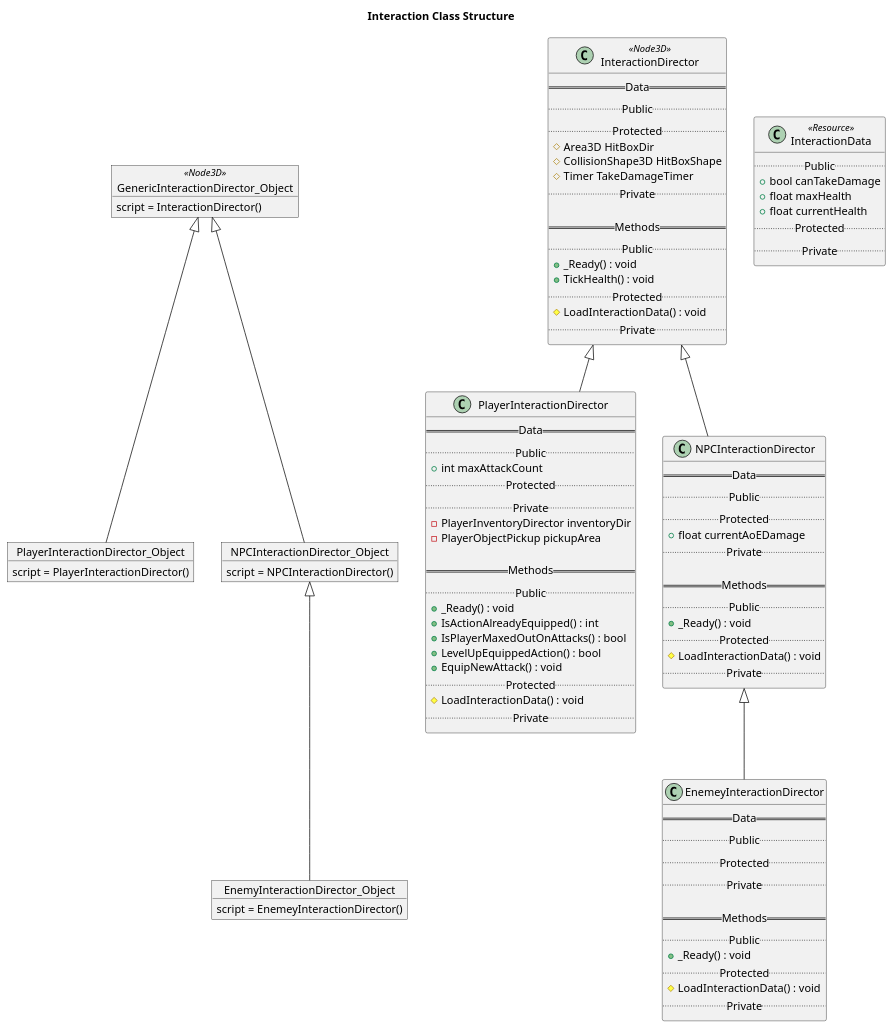
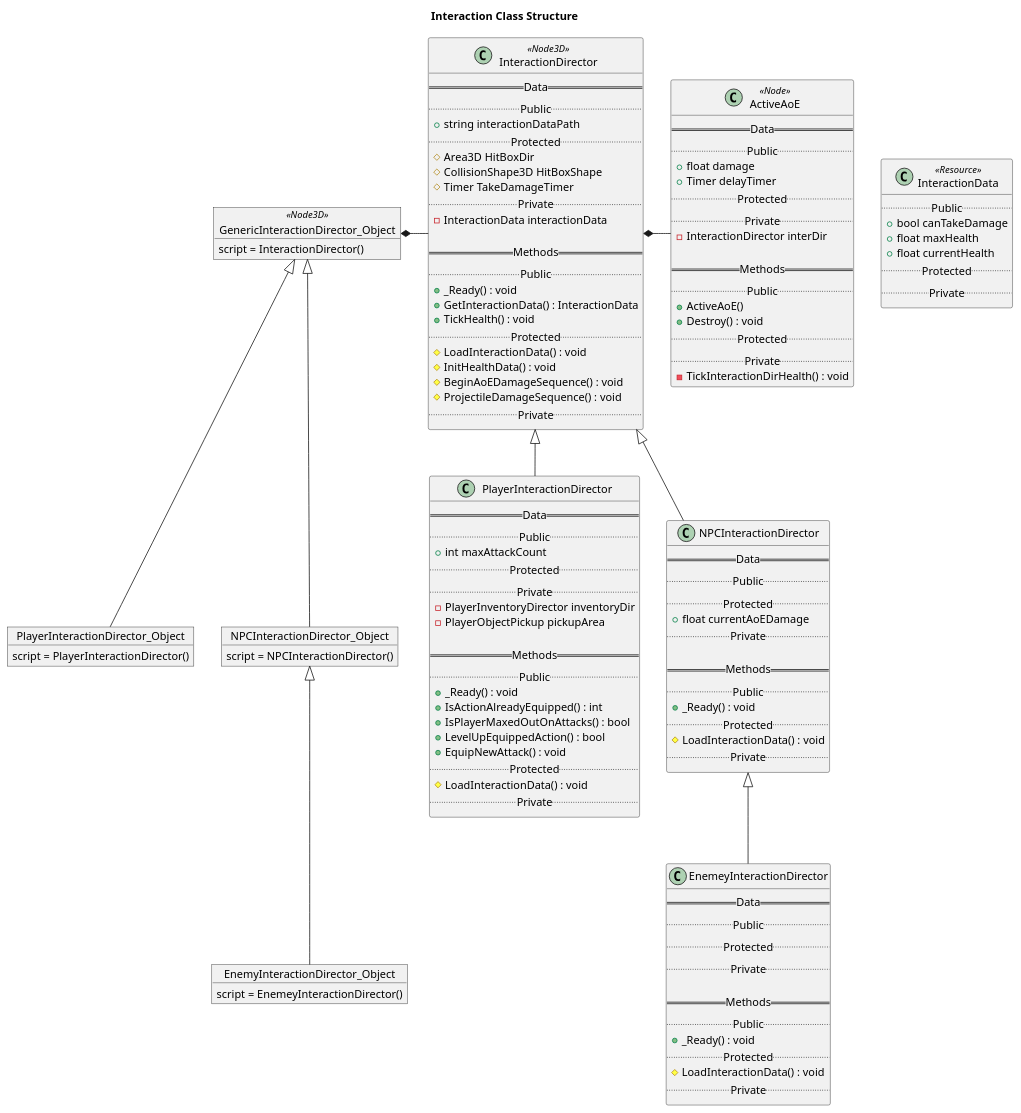
One commit to kjtkanaly/Roguelike-Shoot-Em-Up changed the diagram in UML-Diagrams/src/Interaction_Class_Struct.puml. Above: the diagram before and after it, drawn with PlantUML. The commit also changed 3 other files, not shown here.

```diff
--- a/UML-Diagrams/src/Interaction_Class_Struct.puml
+++ b/UML-Diagrams/src/Interaction_Class_Struct.puml
@@ -1,109 +1,135 @@
 @startuml Interaction Class Structure
 
 title Interaction Class Structure
 
 ' Interaction Objects
 object GenericInteractionDirector_Object <<Node3D>> {
     script = InteractionDirector()
 }
 
 object PlayerInteractionDirector_Object {
     script = PlayerInteractionDirector()
 }
 
 object NPCInteractionDirector_Object {
     script = NPCInteractionDirector()
 }
 
 object EnemyInteractionDirector_Object {
     script = EnemeyInteractionDirector()
 }
 
 GenericInteractionDirector_Object <|-- PlayerInteractionDirector_Object
 GenericInteractionDirector_Object <|-- NPCInteractionDirector_Object
 NPCInteractionDirector_Object <|-- EnemyInteractionDirector_Object
 
 ' Method Classes
 class InteractionDirector <<Node3D>>{
     == Data ==
     .. Public ..
+    + string interactionDataPath
     .. Protected ..
     # Area3D HitBoxDir
     # CollisionShape3D HitBoxShape
     # Timer TakeDamageTimer
     .. Private ..
+    - InteractionData interactionData
 
     == Methods ==
     .. Public ..
     + _Ready() : void
+    + GetInteractionData() : InteractionData
     + TickHealth() : void
     .. Protected ..
     # LoadInteractionData() : void
+    # InitHealthData() : void
+    # BeginAoEDamageSequence() : void
+    # ProjectileDamageSequence() : void
     .. Private ..
+}
+
+class ActiveAoE <<Node>>{
+     == Data ==
+    .. Public ..
+    + float damage
+    + Timer delayTimer
+    .. Protected ..
+    .. Private ..
+    - InteractionDirector interDir
+
+    == Methods ==
+    .. Public ..
+    + ActiveAoE()
+    + Destroy() : void
+    .. Protected ..
+    .. Private ..
+    - TickInteractionDirHealth() : void
 }
 
 class PlayerInteractionDirector {
     == Data ==
     .. Public ..
     + int maxAttackCount
     .. Protected ..
     .. Private ..
     - PlayerInventoryDirector inventoryDir
     - PlayerObjectPickup pickupArea
 
     == Methods ==
     .. Public ..
     + _Ready() : void
     + IsActionAlreadyEquipped() : int
     + IsPlayerMaxedOutOnAttacks() : bool
     + LevelUpEquippedAction() : bool
     + EquipNewAttack() : void
     .. Protected ..
     # LoadInteractionData() : void
     .. Private ..
 }
 
 class NPCInteractionDirector {
     == Data ==
     .. Public ..
     .. Protected ..
     + float currentAoEDamage
     .. Private ..
 
     == Methods ==
     .. Public ..
     + _Ready() : void
     .. Protected ..
     # LoadInteractionData() : void
     .. Private ..
 }
 
 class EnemeyInteractionDirector {
     == Data ==
     .. Public ..
     .. Protected ..
     .. Private ..
 
     == Methods ==
     .. Public ..
     + _Ready() : void
     .. Protected ..
     # LoadInteractionData() : void
     .. Private ..
 }
 
+GenericInteractionDirector_Object *- InteractionDirector
+InteractionDirector *- ActiveAoE
 InteractionDirector <|-- PlayerInteractionDirector
 InteractionDirector <|-- NPCInteractionDirector
 NPCInteractionDirector <|-- EnemeyInteractionDirector
 
 ' Resource Classes
 class InteractionData <<Resource>> {
     .. Public ..
     + bool canTakeDamage
     + float maxHealth
     + float currentHealth
     .. Protected ..
     .. Private ..
 }
 
 @enduml
```
